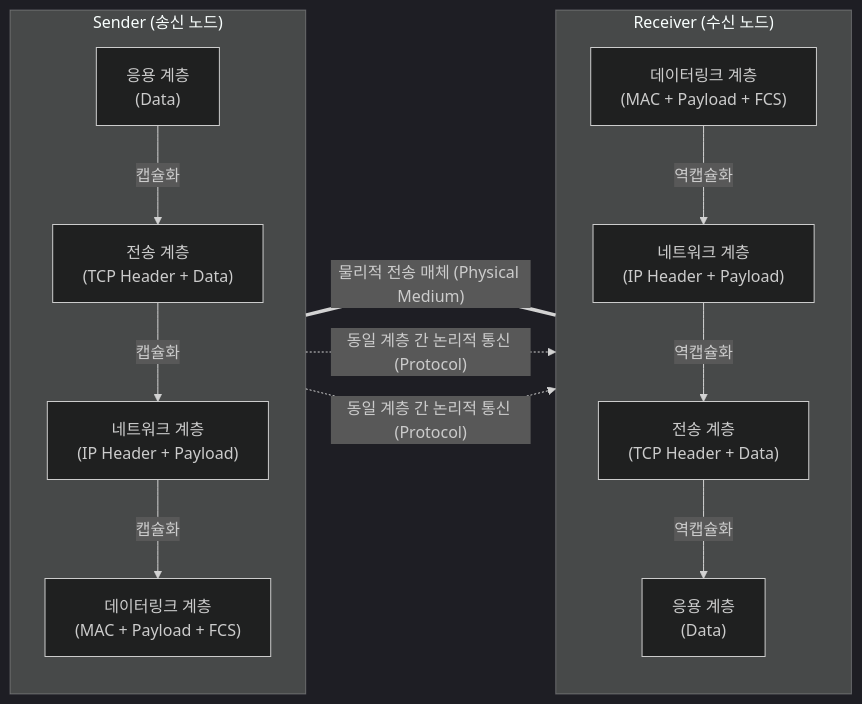
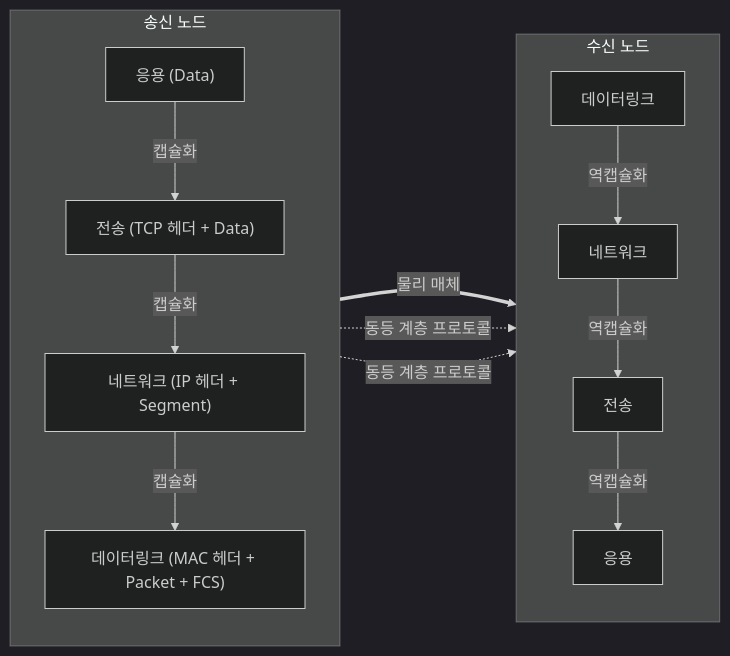
The diagram in content/01_IT Tech/프로토콜.md (supremethumb/supremethumb.github.io), drawn with Mermaid (dark theme) before and after one commit. The commit also changed other lines of this file and 1087 other files, not shown here.

````diff
--- a/content/01_IT Tech/프로토콜.md
+++ b/content/01_IT Tech/프로토콜.md
@@ -27,32 +36,18 @@
 ```mermaid
 flowchart LR
-    subgraph "Sender (송신 노드)"
+    subgraph S["송신 노드"]
         direction TB
-        A_App["응용 계층<br/>(Data)"]
-        A_Trans["전송 계층<br/>(TCP Header + Data)"]
-        A_Net["네트워크 계층<br/>(IP Header + Payload)"]
-        A_Mac["데이터링크 계층<br/>(MAC + Payload + FCS)"]
-        
-        A_App -->|캡슐화| A_Trans
-        A_Trans -->|캡슐화| A_Net
-        A_Net -->|캡슐화| A_Mac
+        A1["응용 (Data)"] -- "캡슐화" --> A2["전송 (TCP 헤더 + Data)"]
+        A2 -- "캡슐화" --> A3["네트워크 (IP 헤더 + Segment)"]
+        A3 -- "캡슐화" --> A4["데이터링크 (MAC 헤더 + Packet + FCS)"]
     end
-    
-    subgraph "Receiver (수신 노드)"
+    subgraph R["수신 노드"]
         direction TB
-        B_App["응용 계층<br/>(Data)"]
-        B_Trans["전송 계층<br/>(TCP Header + Data)"]
-        B_Net["네트워크 계층<br/>(IP Header + Payload)"]
-        B_Mac["데이터링크 계층<br/>(MAC + Payload + FCS)"]
-        
-        B_Mac -->|역캡슐화| B_Net
-        B_Net -->|역캡슐화| B_Trans
-        B_Trans -->|역캡슐화| B_App
+        B4["데이터링크"] -- "역캡슐화" --> B3["네트워크"]
+        B3 -- "역캡슐화" --> B2["전송"]
+        B2 -- "역캡슐화" --> B1["응용"]
     end
-    
-    A_Mac == "물리적 전송 매체 (Physical Medium)" === B_Mac
-    
-    A_Trans -. "동일 계층 간 논리적 통신 (Protocol)" .-> B_Trans
-    A_Net -. "동일 계층 간 논리적 통신 (Protocol)" .-> B_Net
-
+    A4 == "물리 매체" ==> B4
+    A2 -. "동등 계층 프로토콜" .-> B2
+    A3 -. "동등 계층 프로토콜" .-> B3
 ```
````
